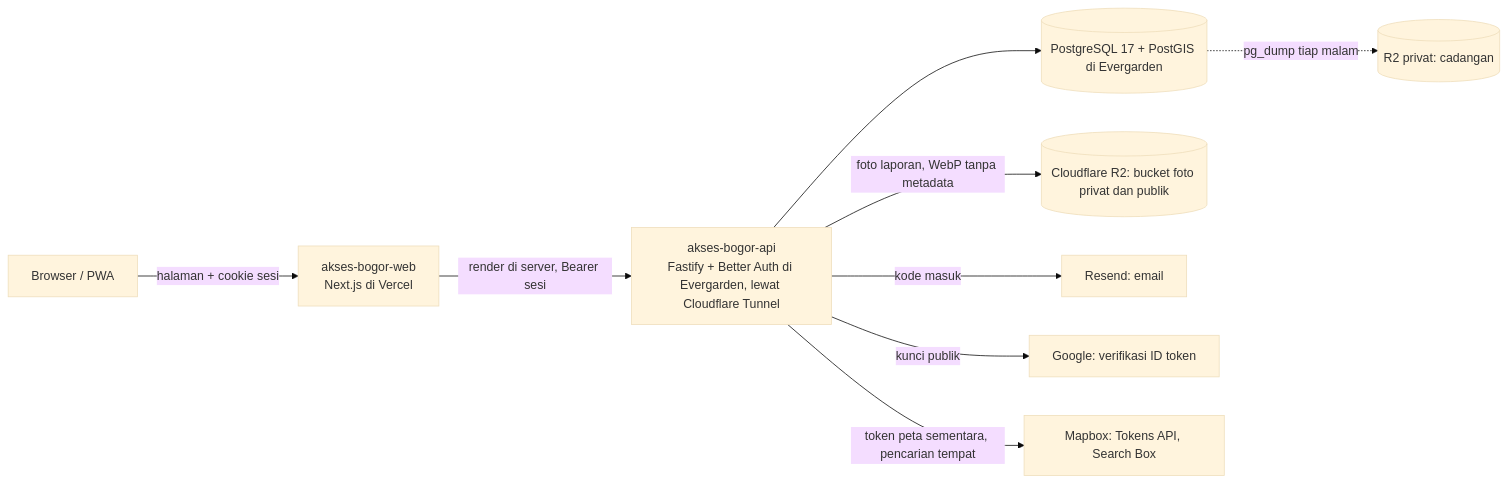
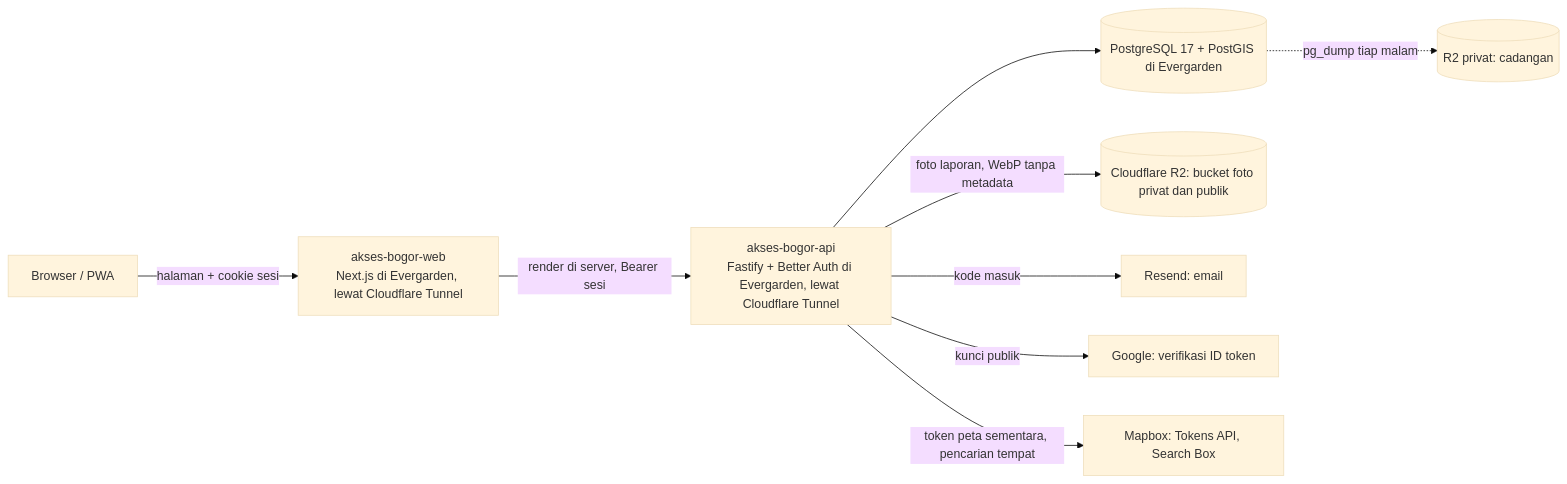
One commit to al-dioooo/akses-bogor-api changed the first of 3 diagrams in docs/arsitektur.md. Above: the diagram before and after it, drawn with Mermaid (base theme). The commit also changed other lines of this file and 4 other files, not shown here.

First line of the commit message:
docs: describe the self-hosted web instead of vercel in the env example, comments, and architecture (#91)

````diff
--- a/docs/arsitektur.md
+++ b/docs/arsitektur.md
@@ -5,11 +5,11 @@
 ```mermaid
 flowchart LR
-  B[Browser / PWA] -->|halaman + cookie sesi| W[akses-bogor-web<br/>Next.js di Vercel]
+  B[Browser / PWA] -->|halaman + cookie sesi| W[akses-bogor-web<br/>Next.js di Evergarden, lewat Cloudflare Tunnel]
   W -->|render di server, Bearer sesi| F[akses-bogor-api<br/>Fastify + Better Auth di Evergarden, lewat Cloudflare Tunnel]
   F --> DB[(PostgreSQL 17 + PostGIS di Evergarden)]
   DB -.->|pg_dump tiap malam| BK[(R2 privat: cadangan)]
   F -->|foto laporan, WebP tanpa metadata| R2[(Cloudflare R2: bucket foto privat dan publik)]
   F -->|kode masuk| E[Resend: email]
   F -->|kunci publik| G[Google: verifikasi ID token]
   F -->|token peta sementara, pencarian tempat| M[Mapbox: Tokens API, Search Box]
 ```
````
